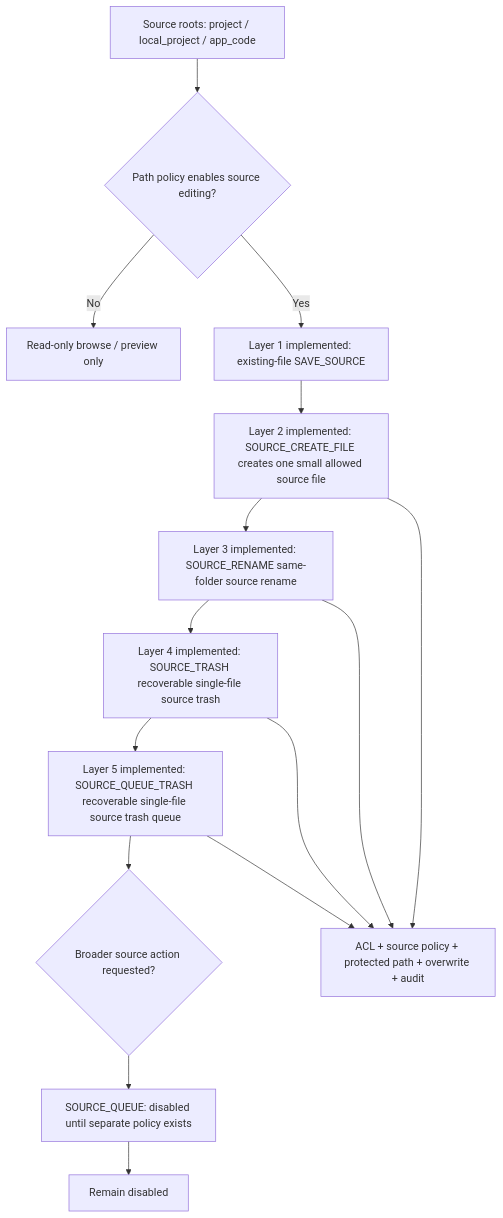
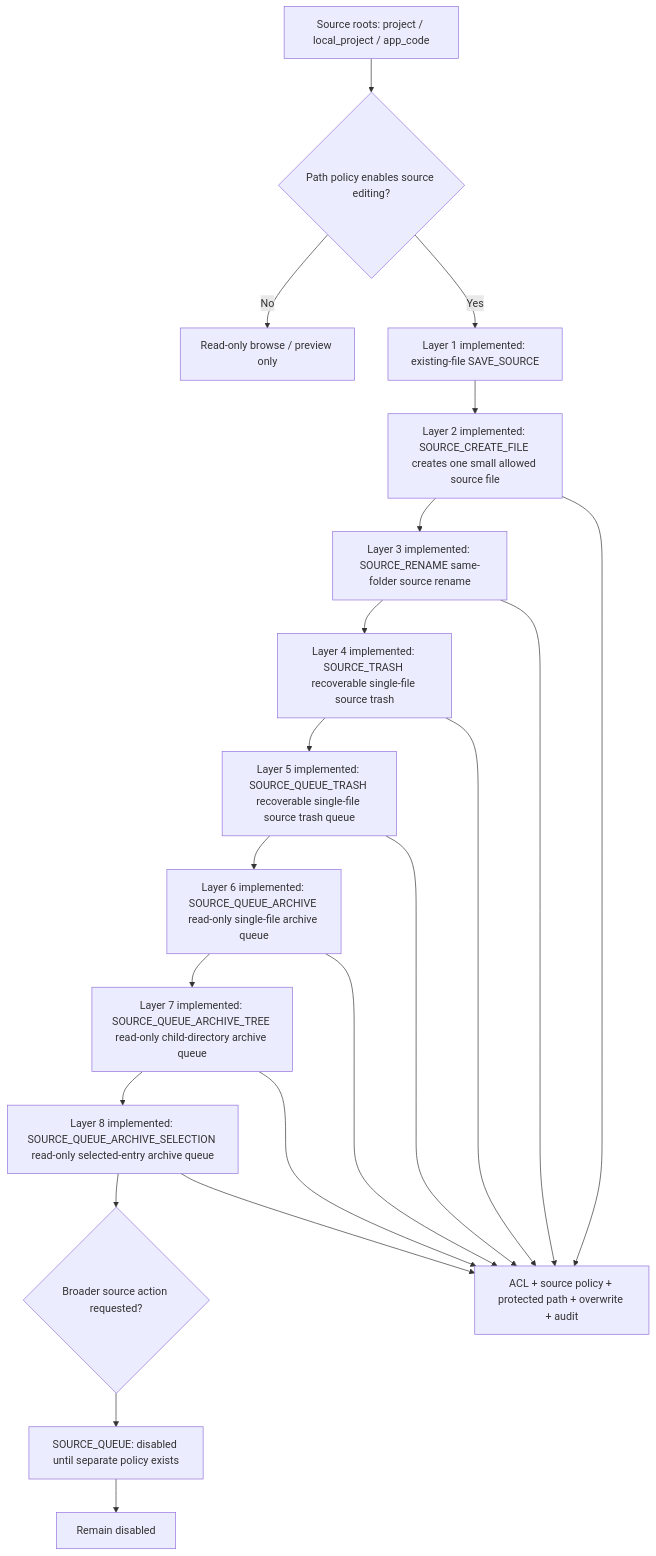
One commit to Aiweline/WelineFramework changed the seventh of 38 diagrams in app/code/Weline/Server/doc/wls-panel-plan/10-prototype.md. Above: the diagram before and after it, drawn with Mermaid. The commit also changed other lines of this file and 225 other files, not shown here.

````diff
--- a/app/code/Weline/Server/doc/wls-panel-plan/10-prototype.md
+++ b/app/code/Weline/Server/doc/wls-panel-plan/10-prototype.md
@@ -524,17 +534,23 @@
 ```mermaid
 flowchart TD
   A["Source roots: project / local_project / app_code"] --> B{"Path policy enables source editing?"}
   B -->|No| C["Read-only browse / preview only"]
   B -->|Yes| D["Layer 1 implemented: existing-file SAVE_SOURCE"]
   D --> F["Layer 2 implemented: SOURCE_CREATE_FILE creates one small allowed source file"]
   F --> G["Layer 3 implemented: SOURCE_RENAME same-folder source rename"]
   G --> H["Layer 4 implemented: SOURCE_TRASH recoverable single-file source trash"]
   H --> I["Layer 5 implemented: SOURCE_QUEUE_TRASH recoverable single-file source trash queue"]
-  I --> E{"Broader source action requested?"}
+  I --> M["Layer 6 implemented: SOURCE_QUEUE_ARCHIVE read-only single-file archive queue"]
+  M --> N["Layer 7 implemented: SOURCE_QUEUE_ARCHIVE_TREE read-only child-directory archive queue"]
+  N --> O["Layer 8 implemented: SOURCE_QUEUE_ARCHIVE_SELECTION read-only selected-entry archive queue"]
+  O --> E{"Broader source action requested?"}
   E --> L["SOURCE_QUEUE: disabled until separate policy exists"]
   F --> J["ACL + source policy + protected path + overwrite + audit"]
   G --> J
   H --> J
   I --> J
+  M --> J
+  N --> J
+  O --> J
   L --> K["Remain disabled"]
 ```
````
